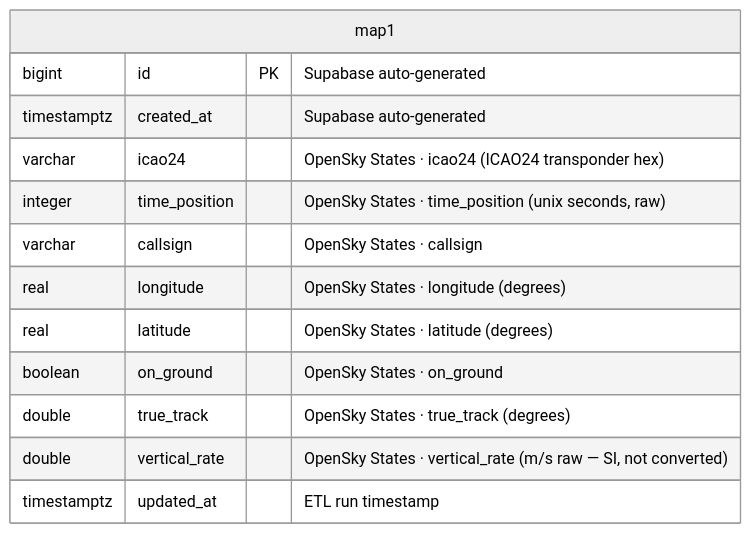
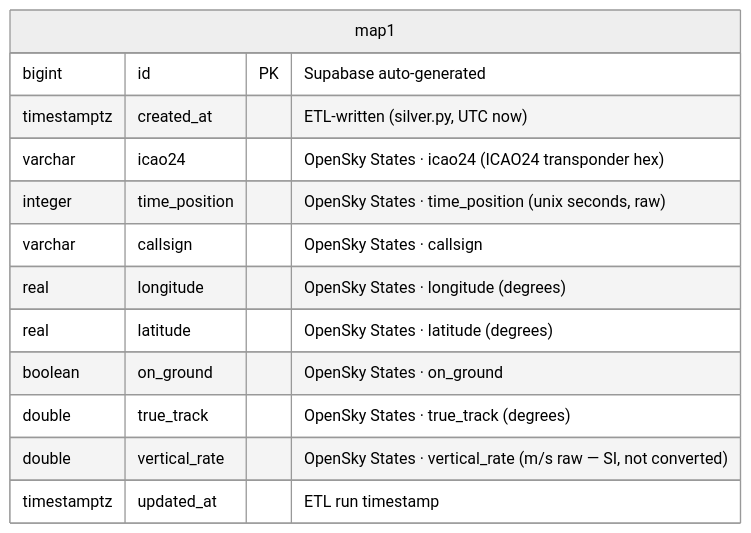
One commit to MatthiasSails/airline-data-platform changed the first of 2 diagrams in docs/architecture/silver-layer-er.md. Above: the diagram before and after it, drawn with Mermaid (neutral theme). The commit also changed other lines of this file and 18 other files, not shown here.

````diff
--- a/docs/architecture/silver-layer-er.md
+++ b/docs/architecture/silver-layer-er.md
@@ -27,16 +29,16 @@
 ```mermaid
 erDiagram
     map1 {
         bigint      id              PK  "Supabase auto-generated"
-        timestamptz created_at          "Supabase auto-generated"
+        timestamptz created_at          "ETL-written (silver.py, UTC now)"
         varchar     icao24              "OpenSky States · icao24 (ICAO24 transponder hex)"
         integer     time_position       "OpenSky States · time_position (unix seconds, raw)"
         varchar     callsign            "OpenSky States · callsign"
         real        longitude           "OpenSky States · longitude (degrees)"
         real        latitude            "OpenSky States · latitude (degrees)"
         boolean     on_ground           "OpenSky States · on_ground"
         double      true_track          "OpenSky States · true_track (degrees)"
         double      vertical_rate       "OpenSky States · vertical_rate (m/s raw — SI, not converted)"
         timestamptz updated_at          "ETL run timestamp"
     }
 ```
````
